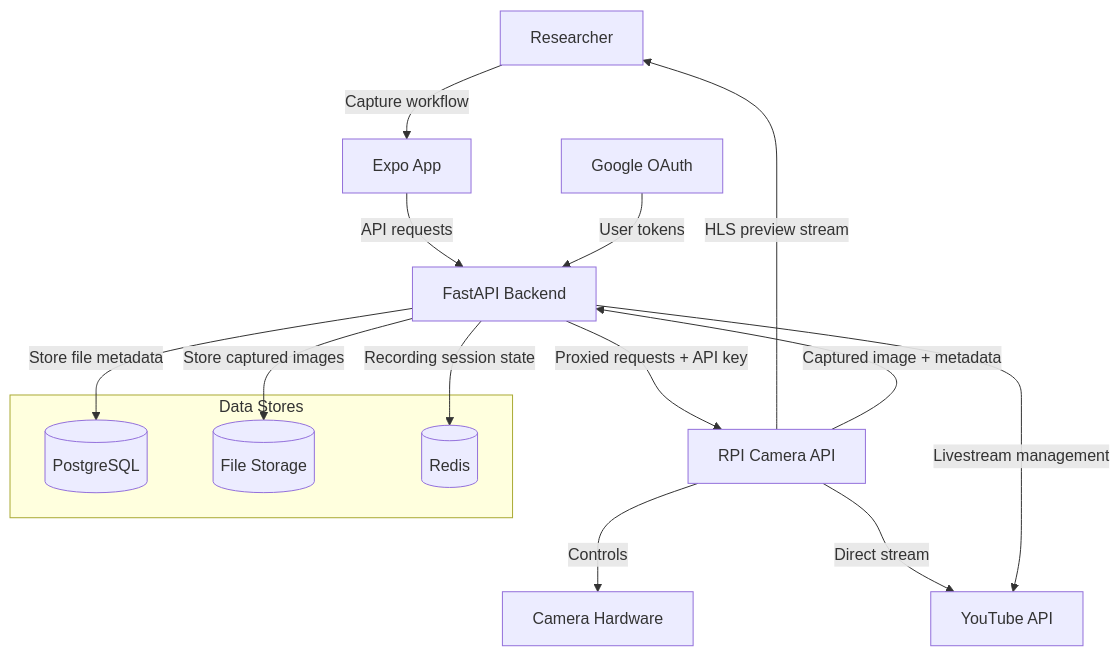
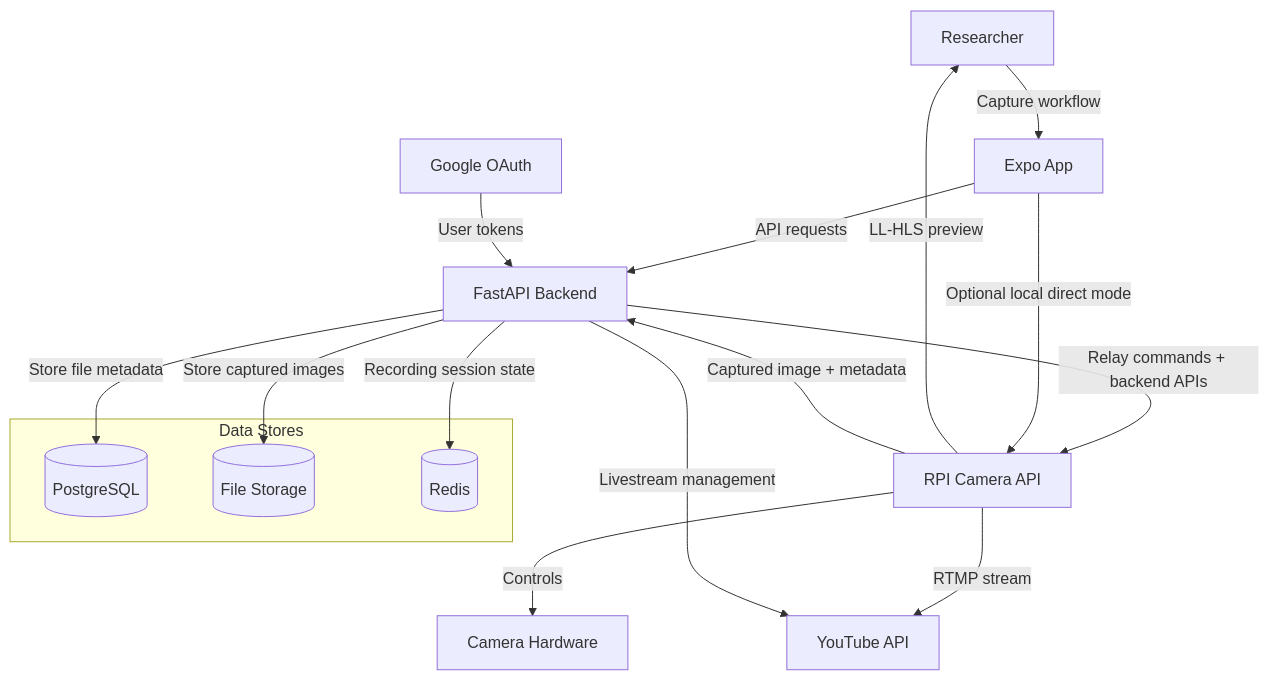
One commit to CMLPlatform/relab changed the first of 2 diagrams in docs/src/content/docs/architecture/rpi-cam.mdx. Above: the diagram before and after it, drawn with Mermaid. The commit also changed other lines of this file and 19 other files, not shown here.

````diff
--- a/docs/src/content/docs/architecture/rpi-cam.mdx
+++ b/docs/src/content/docs/architecture/rpi-cam.mdx
@@ -17,25 +17,26 @@
 ```mermaid
 graph TD
     Researcher[Researcher] -->|Capture workflow| FrontendApp[Expo App]
     FrontendApp -->|API requests| MainAPI[FastAPI Backend]
 
-    MainAPI -->|Proxied requests + API key| RpiCamAPI[RPI Camera API]
+    MainAPI -->|Relay commands + backend APIs| RpiCamAPI[RPI Camera API]
+    FrontendApp -->|Optional local direct mode| RpiCamAPI
     RpiCamAPI -->|Controls| Camera[Camera Hardware]
 
-    RpiCamAPI -->|HLS preview stream| Researcher
-    RpiCamAPI -->|Direct stream| YouTube[YouTube API]
+    RpiCamAPI -->|LL-HLS preview| Researcher
+    RpiCamAPI -->|RTMP stream| YouTube[YouTube API]
     RpiCamAPI -->|Captured image + metadata| MainAPI
 
     GoogleOAuth[Google OAuth] -->|User tokens| MainAPI
     MainAPI -->|Livestream management| YouTube
 
     subgraph DataStores ["Data Stores"]
         Database[(PostgreSQL)]
         FileStorage[(File Storage)]
         Redis[(Redis)]
     end
 
     MainAPI -->|Store file metadata| Database
     MainAPI -->|Store captured images| FileStorage
     MainAPI -->|Recording session state| Redis
 ```
````
